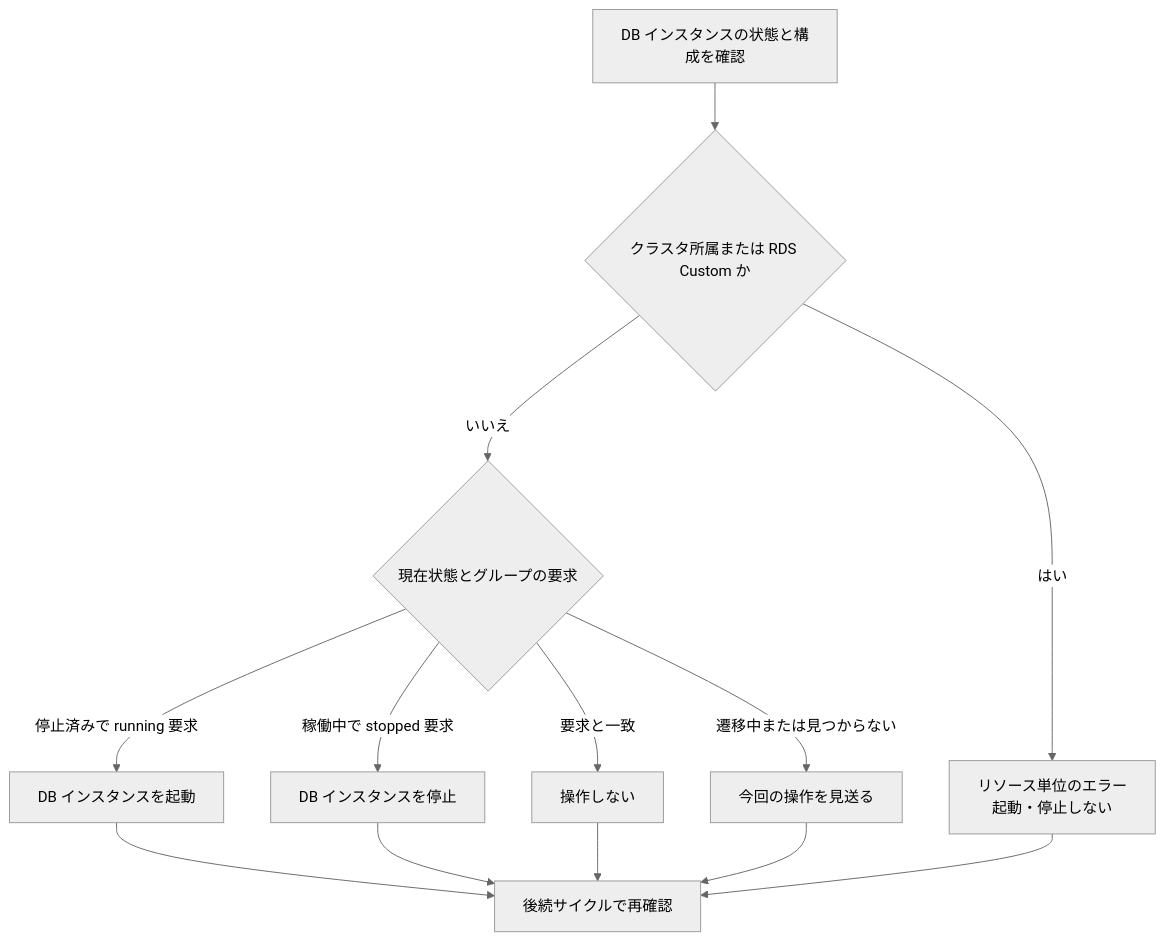
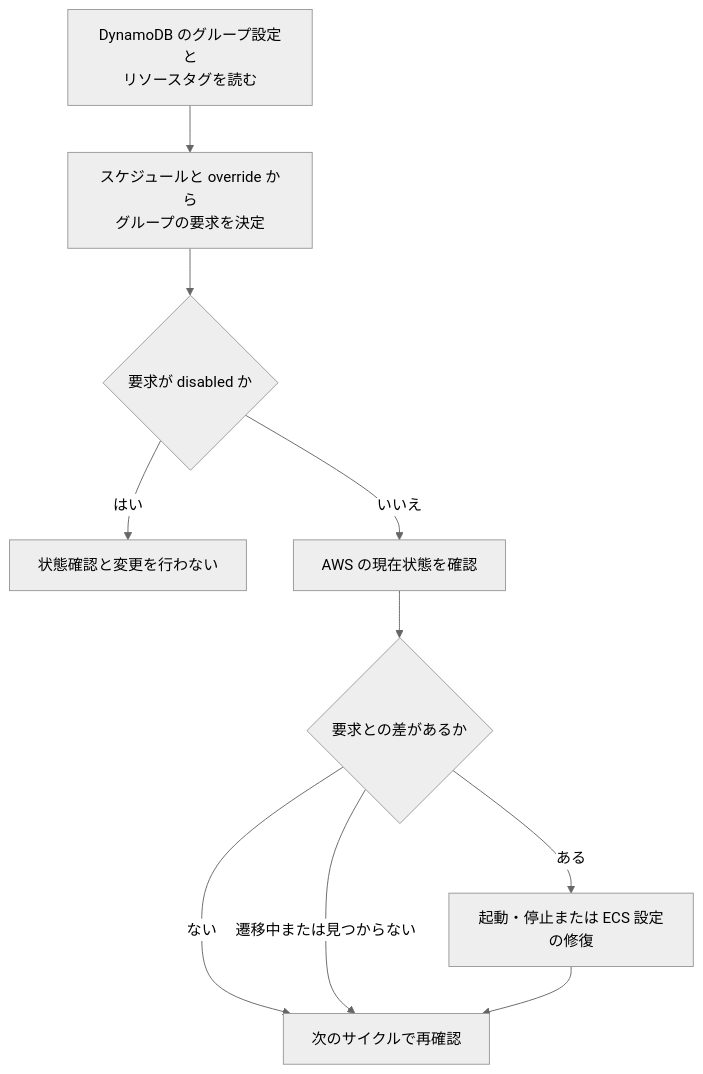
Before and after one commit to moepig/cheapskate: the diagram in docs/ja/usage/resource_flow.md, drawn with Mermaid (neutral theme). The commit also changed other lines of this file and 63 other files, not shown here.

````diff
--- a/docs/ja/usage/resource_flow.md
+++ b/docs/ja/usage/resource_flow.md
@@ -27,15 +11,12 @@
 ```mermaid
 flowchart TD
-    observe["DB インスタンスの状態と構成を確認"] --> eligible{"クラスタ所属または RDS Custom か"}
-    eligible -->|はい| error["リソース単位のエラー<br/>起動・停止しない"]
-    eligible -->|いいえ| decide{"現在状態とグループの要求"}
-    decide -->|停止済みで running 要求| start["DB インスタンスを起動"]
-    decide -->|稼働中で stopped 要求| stop["DB インスタンスを停止"]
-    decide -->|要求と一致| keep["操作しない"]
-    decide -->|遷移中または見つからない| skip["今回の操作を見送る"]
-    start --> next["後続サイクルで再確認"]
-    stop --> next
-    keep --> next
-    skip --> next
-    error --> next
+    load["DynamoDB のグループ設定と<br/>リソースタグを読む"] --> request["スケジュールと override から<br/>グループの要求を決定"]
+    request --> enabled{"要求が disabled か"}
+    enabled -->|はい| skip["状態確認と変更を行わない"]
+    enabled -->|いいえ| observe["AWS の現在状態を確認"]
+    observe --> compare{"要求との差があるか"}
+    compare -->|ある| apply["起動・停止または ECS 設定の修復"]
+    compare -->|ない| next["次のサイクルで再確認"]
+    compare -->|遷移中または見つからない| next
+    apply --> next
 ```
````
